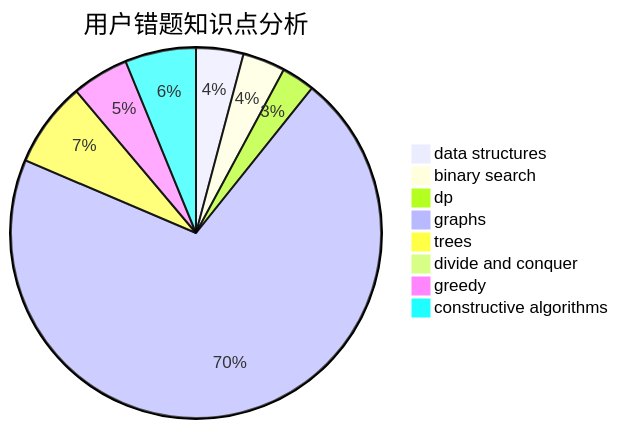
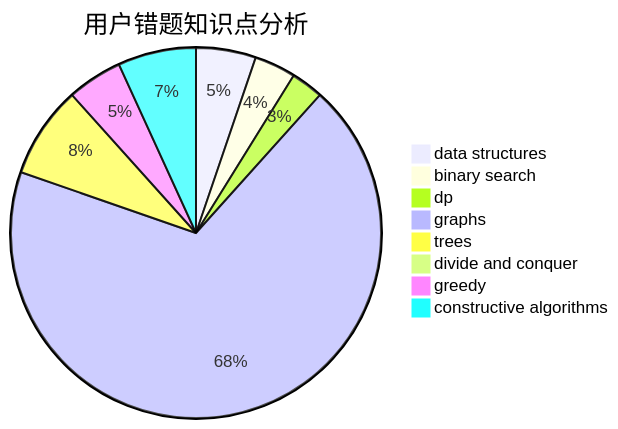
Before and after one commit to sherpahu/cfrs.github.io: the third of 3 diagrams in docs/user/u1730.md, drawn with Mermaid. The commit also changed other lines of this file and 2770 other files, not shown here.

````diff
--- a/docs/user/u1730.md
+++ b/docs/user/u1730.md
@@ -36,11 +36,11 @@
 ```mermaid
 pie title 用户错题知识点分析
-    "data structures" :  10
+    "data structures" :  13
     "binary search" :  9
     "dp" :  7
     "graphs" :  171
-    "trees" :  18
+    "trees" :  20
     "divide and conquer" :  1
     "greedy" :  12
-    "constructive algorithms" :  15
+    "constructive algorithms" :  17
 ```
````
